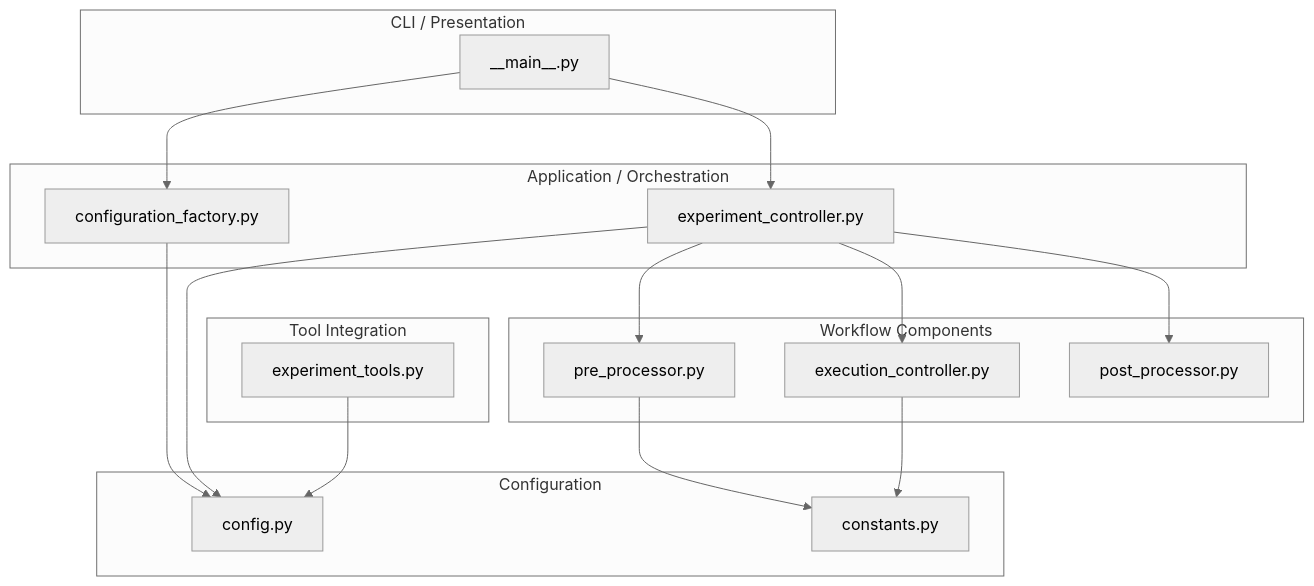
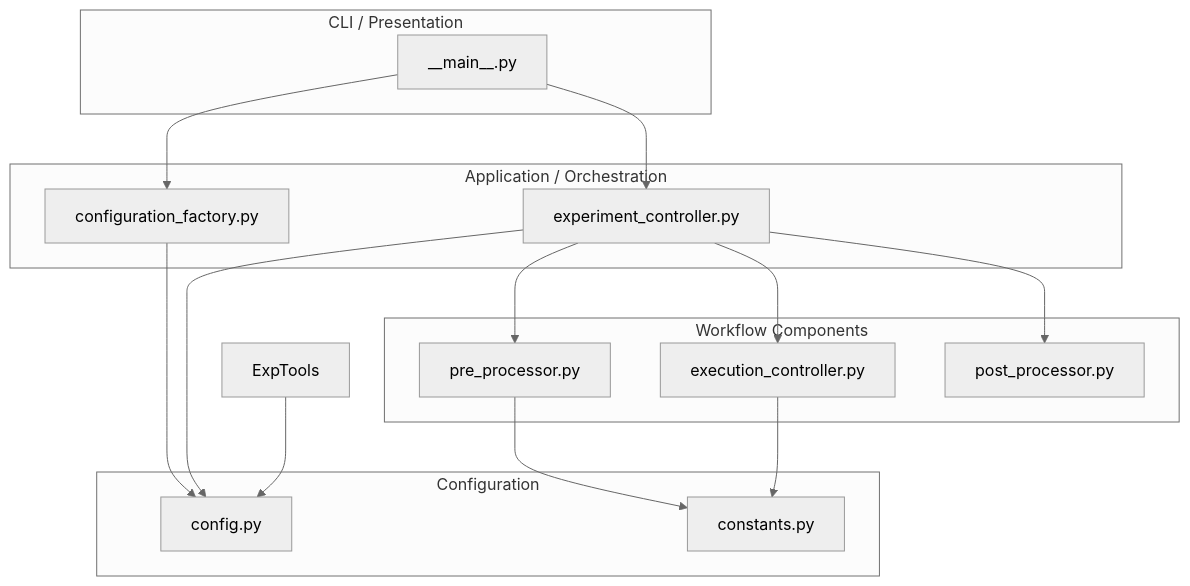
The third of 6 diagrams in rv-android/modules/rv-experiment/docs/architecture.md (PAMunb/rvsec), drawn with Mermaid before and after one commit. The commit also changed other lines of this file and 20 other files, not shown here.

First line of the commit message:
move rvagent tool registration from rv-experiment to rv-platform

````diff
--- a/rv-android/modules/rv-experiment/docs/architecture.md
+++ b/rv-android/modules/rv-experiment/docs/architecture.md
@@ -210,38 +207,34 @@
 ```mermaid
 %%{init: {'theme': 'neutral'}}%%
 flowchart TB
     subgraph Presentation["CLI / Presentation"]
         MainCLI["__main__.py"]
     end
 
     subgraph Application["Application / Orchestration"]
         ExpCtrl["experiment_controller.py"]
         ConfigFactory["configuration_factory.py"]
     end
 
     subgraph Workflow["Workflow Components"]
         PreProc["pre_processor.py"]
         ExecCtrl["execution_controller.py"]
         PostProc["post_processor.py"]
     end
 
     subgraph Configuration["Configuration"]
         Config["config.py"]
         Constants["constants.py"]
     end
 
-    subgraph Tools["Tool Integration"]
-        ExpTools["experiment_tools.py"]
-    end
-
     MainCLI --> ExpCtrl
     MainCLI --> ConfigFactory
     ConfigFactory --> Config
     ExpCtrl --> PreProc
     ExpCtrl --> ExecCtrl
     ExpCtrl --> PostProc
     ExpCtrl --> Config
     PreProc --> Constants
     ExecCtrl --> Constants
     ExpTools --> Config
 ```
````
